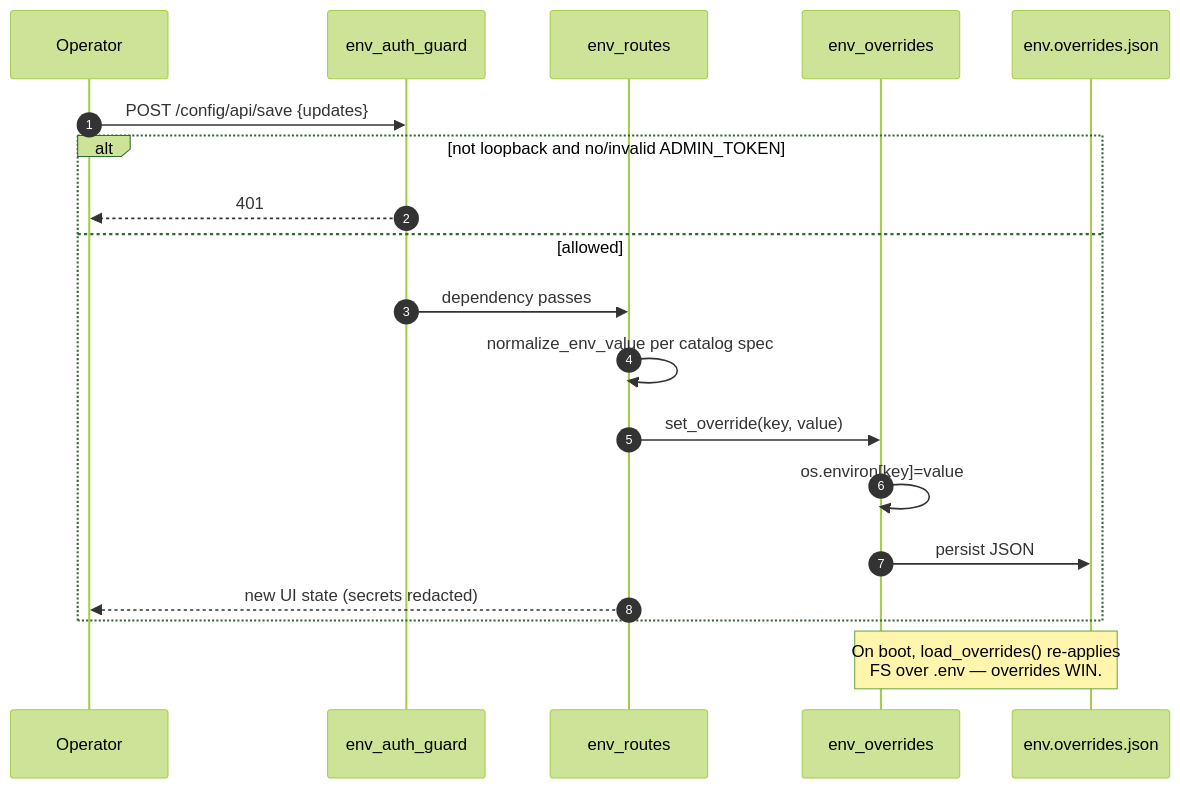
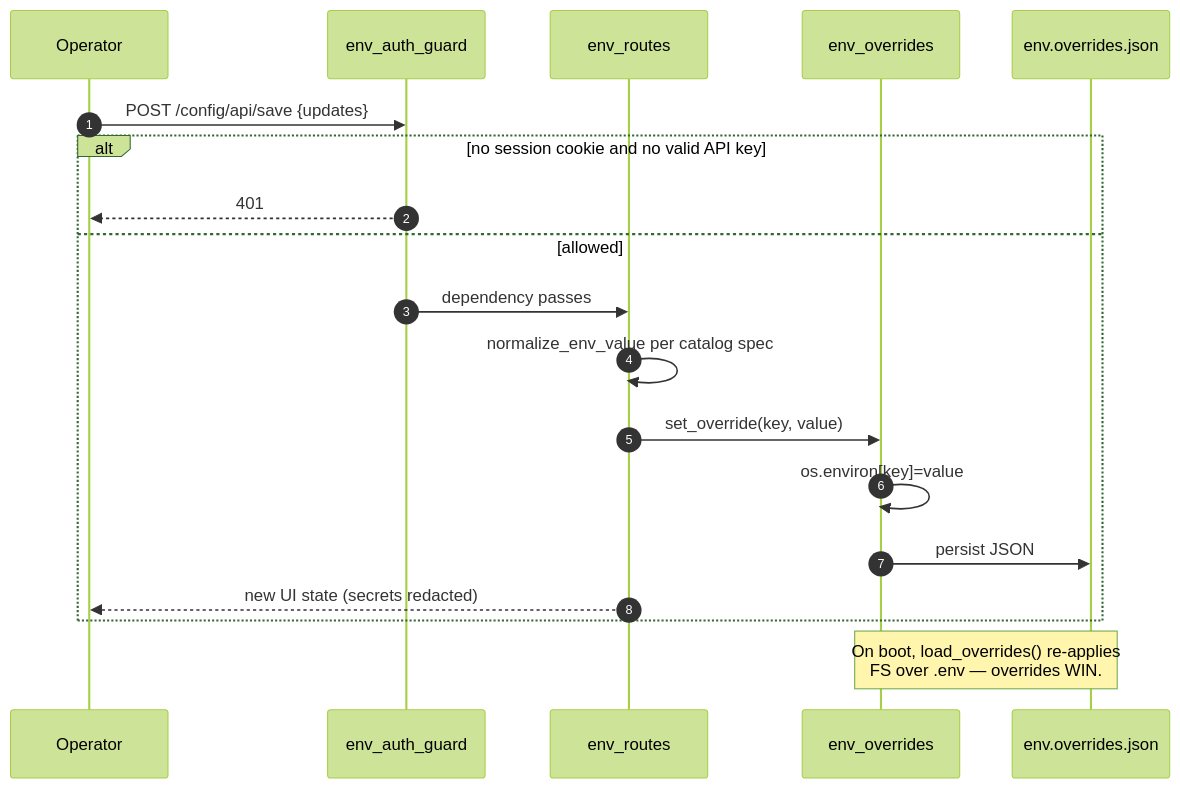
Diagram 11 of 21 in docs/DESIGN.md (PhoenixAdultProvider/PhoenixAdult), drawn with Mermaid (forest theme) before and after one commit. The commit also changed other lines of this file and 17 other files, not shown here.

````diff
--- a/docs/DESIGN.md
+++ b/docs/DESIGN.md
@@ -516,22 +520,22 @@
 ```mermaid
 sequenceDiagram
   autonumber
   participant Op as Operator
   participant AG as env_auth_guard
   participant CR as env_routes
   participant OV as env_overrides
   participant FS as env.overrides.json
 
   Op->>AG: POST /config/api/save {updates}
-  alt not loopback and no/invalid ADMIN_TOKEN
+  alt no session cookie and no valid API key
     AG-->>Op: 401
   else allowed
     AG->>CR: dependency passes
     CR->>CR: normalize_env_value per catalog spec
     CR->>OV: set_override(key, value)
     OV->>OV: os.environ[key]=value
     OV->>FS: persist JSON
     CR-->>Op: new UI state (secrets redacted)
   end
   note over OV,FS: On boot, load_overrides() re-applies<br/>FS over .env — overrides WIN.
 ```
````
